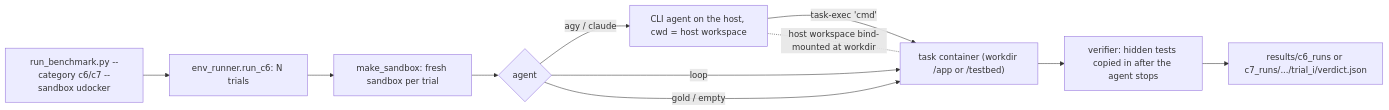
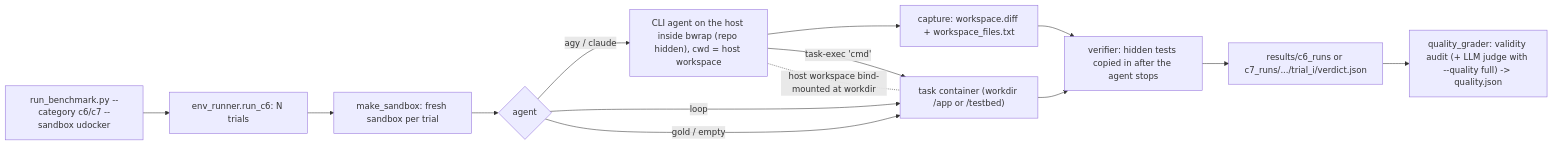
Before and after one commit to DigitalWNZ/XHS_agent_eval_dataset: the diagram in guide/container_integration.md, drawn with Mermaid. The commit also changed other lines of this file and 2430 other files, not shown here.

First line of the commit message:
Rubric v3 (pass/fail + LLM-judge quality), isolated harness, C6 full campaign results

````diff
--- a/guide/container_integration.md
+++ b/guide/container_integration.md
@@ -15,13 +17,16 @@
 ```mermaid
 flowchart LR
   CLI["run_benchmark.py --category c6/c7 --sandbox udocker"] --> RC["env_runner.run_c6: N trials"]
   RC --> SB["make_sandbox: fresh sandbox per trial"]
   SB --> AG{"agent"}
-  AG -->|"agy / claude"| HOST["CLI agent on the host, cwd = host workspace"]
+  AG -->|"agy / claude"| HOST["CLI agent on the host inside bwrap (repo hidden), cwd = host workspace"]
   HOST -->|"task-exec 'cmd'"| CT["task container (workdir /app or /testbed)"]
   HOST -. "host workspace bind-mounted at workdir" .- CT
   AG -->|"loop"| CT
   AG -->|"gold / empty"| CT
+  HOST --> CAP["capture: workspace.diff + workspace_files.txt"]
+  CAP --> VER
   CT --> VER["verifier: hidden tests copied in after the agent stops"]
   VER --> RES["results/c6_runs or c7_runs/.../trial_i/verdict.json"]
+  RES --> QG["quality_grader: validity audit (+ LLM judge with --quality full) -> quality.json"]
 ```
````
